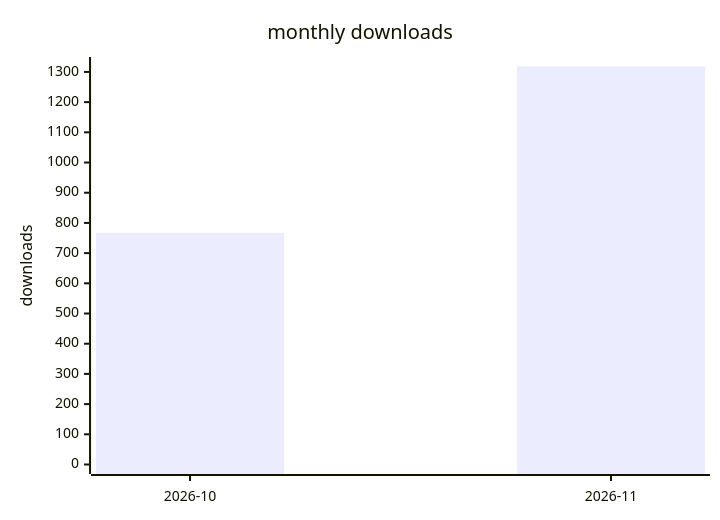
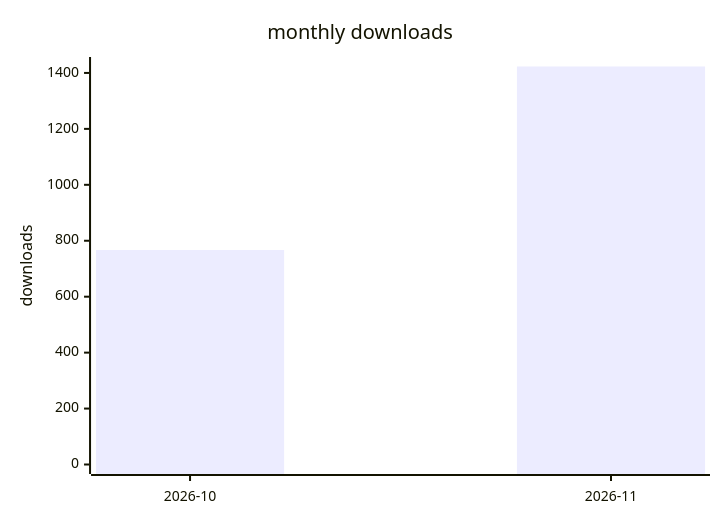
The second of 2 diagrams in docs/downloads-2026.md (terry2010/opencode-loop-recover), drawn with Mermaid before and after one commit. The commit also changed other lines of this file and 1 other file, not shown here.

````diff
--- a/docs/downloads-2026.md
+++ b/docs/downloads-2026.md
@@ -29,7 +29,7 @@
 ```mermaid
 xychart-beta
     title "monthly downloads"
     x-axis ["2026-10", "2026-11"]
-    y-axis "downloads" 0 --> 1318
-    bar [767, 1318]
+    y-axis "downloads" 0 --> 1423
+    bar [767, 1423]
 ```
````
